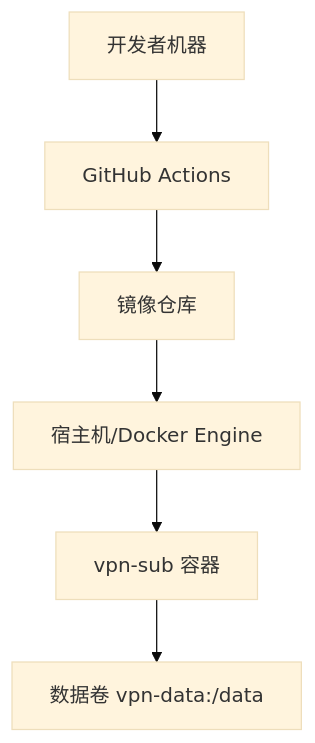
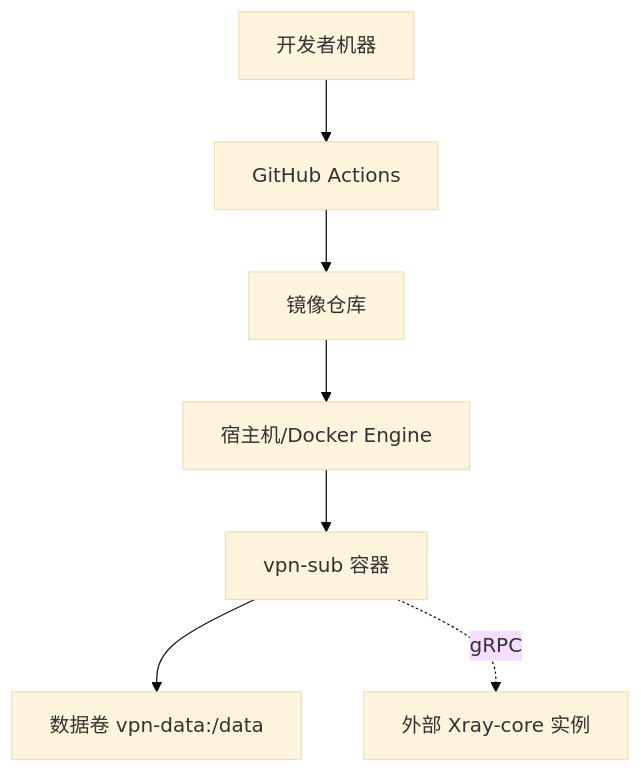
One commit to AlcaProphet/VPN-Subscription-Management changed the ninth of 11 diagrams in .qoder/repowiki/zh/content/架构设计/架构设计.md. Above: the diagram before and after it, drawn with Mermaid (base theme). The commit also changed other lines of this file and 109 other files, not shown here.

````diff
--- a/.qoder/repowiki/zh/content/架构设计/架构设计.md
+++ b/.qoder/repowiki/zh/content/架构设计/架构设计.md
@@ -240,14 +328,16 @@
 ```mermaid
 graph TB
 Dev["开发者机器"]
 GH["GitHub Actions"]
 Reg["镜像仓库"]
 Host["宿主机/Docker Engine"]
 Ctn["vpn-sub 容器"]
 Vol["数据卷 vpn-data:/data"]
+Xray["外部 Xray-core 实例"]
 Dev --> GH
 GH --> Reg
 Reg --> Host
 Host --> Ctn
 Ctn --> Vol
+Ctn -.->|gRPC| Xray
 ```
````
